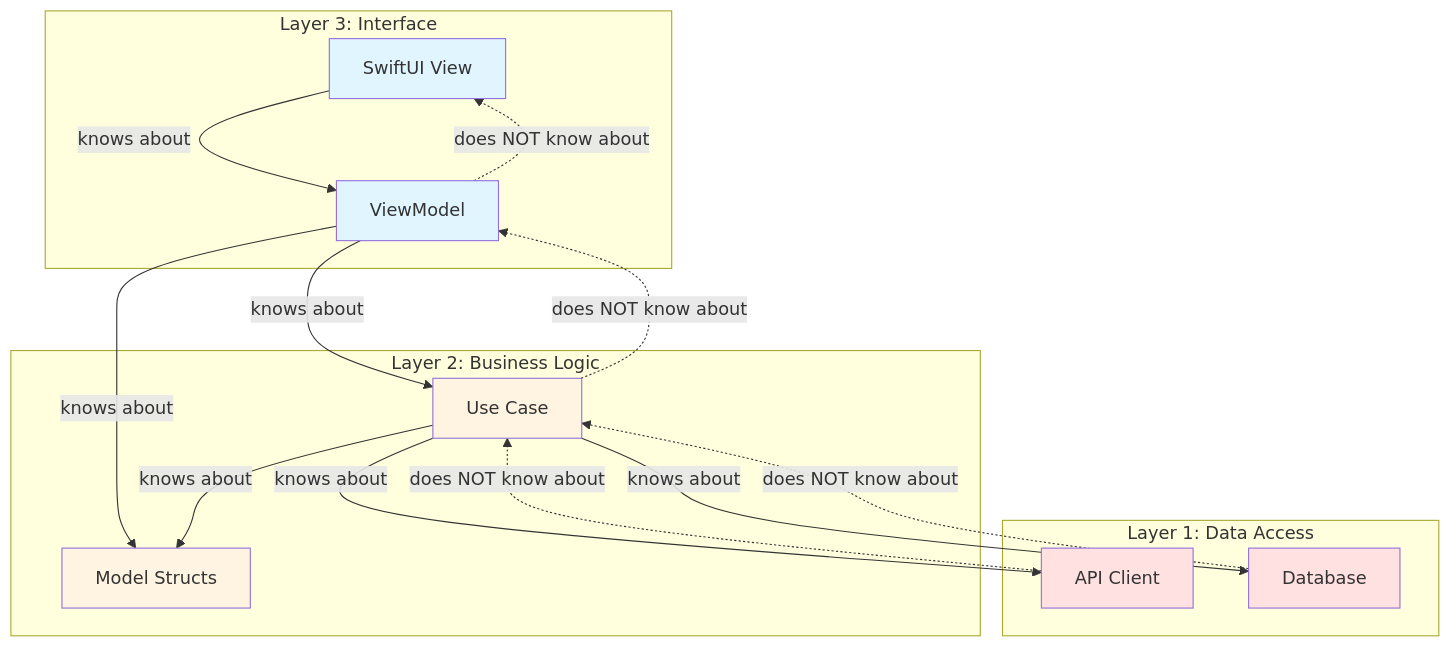
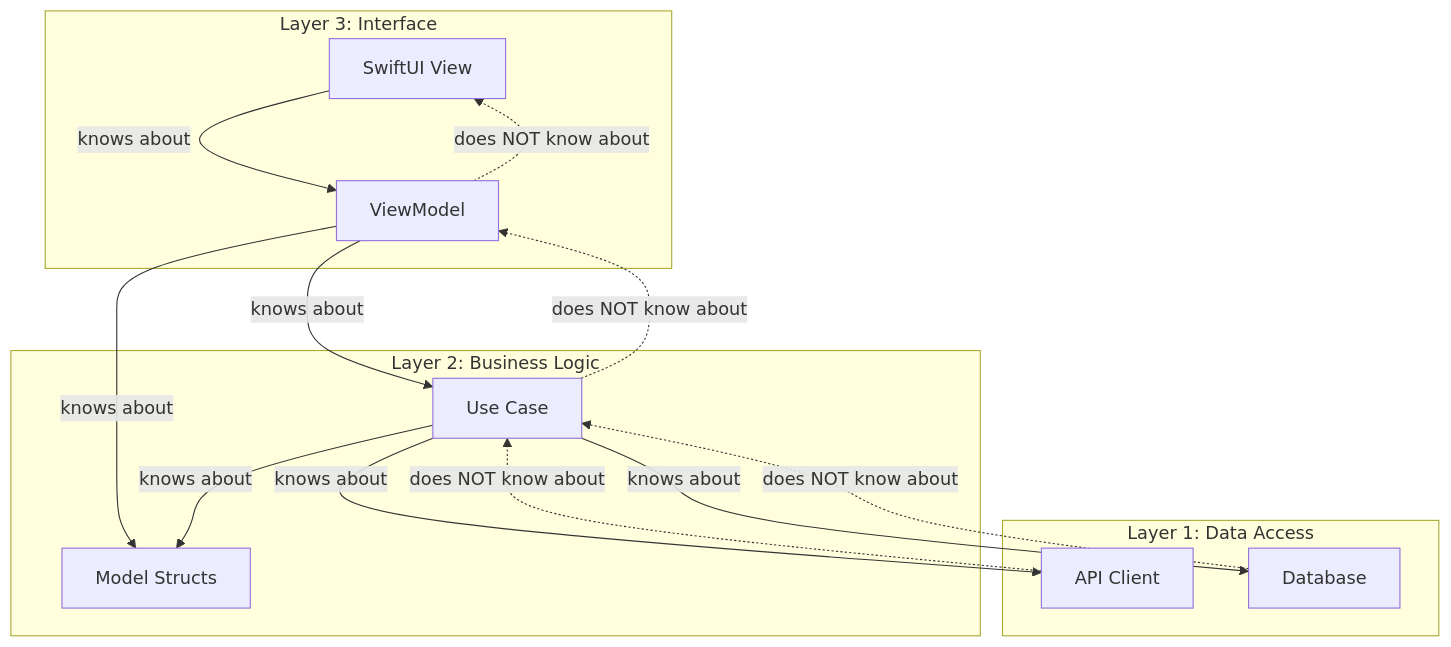
One commit to Zhabonchik/public-obsidian-vault-java-concurrency changed the second of 5 diagrams in content/Swift/MVVM + Clean.md. Above: the diagram before and after it, drawn with Mermaid. The commit also changed other lines of this file, not shown here.

````diff
--- a/content/Swift/MVVM + Clean.md
+++ b/content/Swift/MVVM + Clean.md
@@ -95,36 +91,29 @@
 ```mermaid
 graph TD
     subgraph "Layer 3: Interface"
         View[SwiftUI View]
         ViewModel[ViewModel]
     end
     
     subgraph "Layer 2: Business Logic"
         UseCase[Use Case]
         Model[Model Structs]
     end
     
     subgraph "Layer 1: Data Access"
         API[API Client]
         DB[Database]
     end
     
     View -->|knows about| ViewModel
     ViewModel -->|knows about| UseCase
     ViewModel -->|knows about| Model
     UseCase -->|knows about| Model
     UseCase -->|knows about| API
     UseCase -->|knows about| DB
     
     API -.->|does NOT know about| UseCase
     DB -.->|does NOT know about| UseCase
     UseCase -.->|does NOT know about| ViewModel
     ViewModel -.->|does NOT know about| View
-    
-    style View fill:#e1f5ff
-    style ViewModel fill:#e1f5ff
-    style UseCase fill:#fff4e1
-    style Model fill:#fff4e1
-    style API fill:#ffe1e1
-    style DB fill:#ffe1e1
 ```
````
